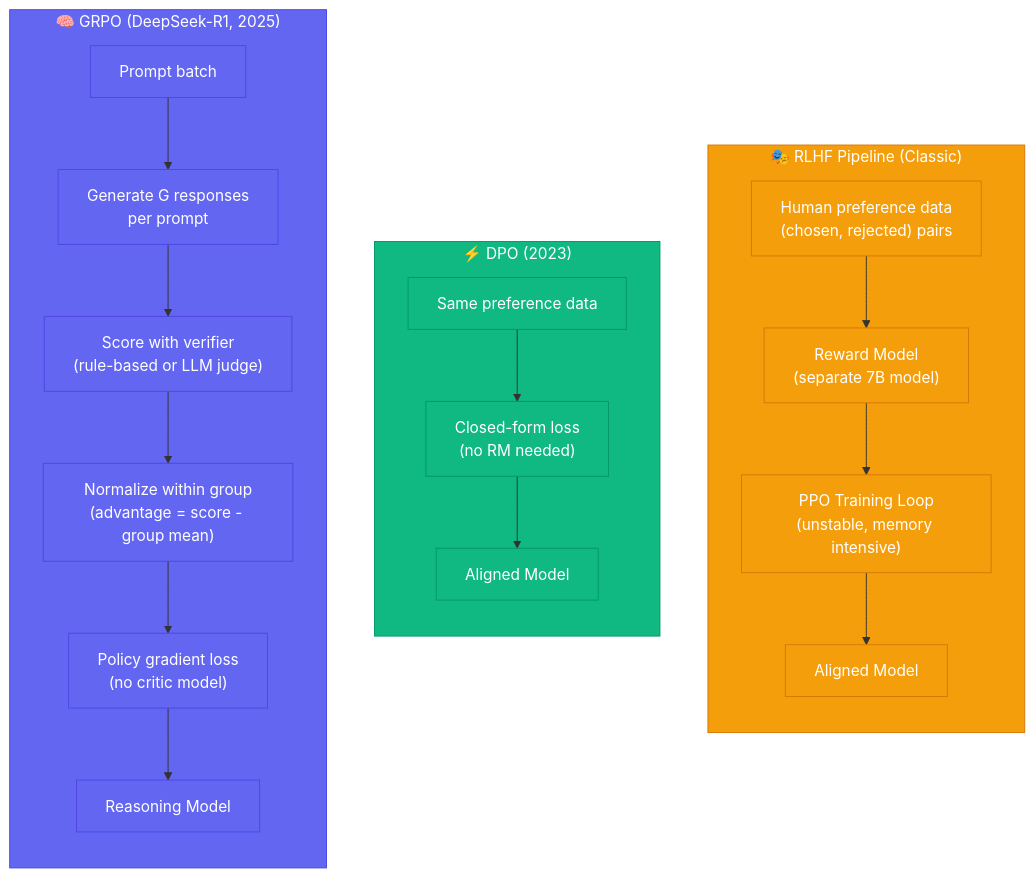
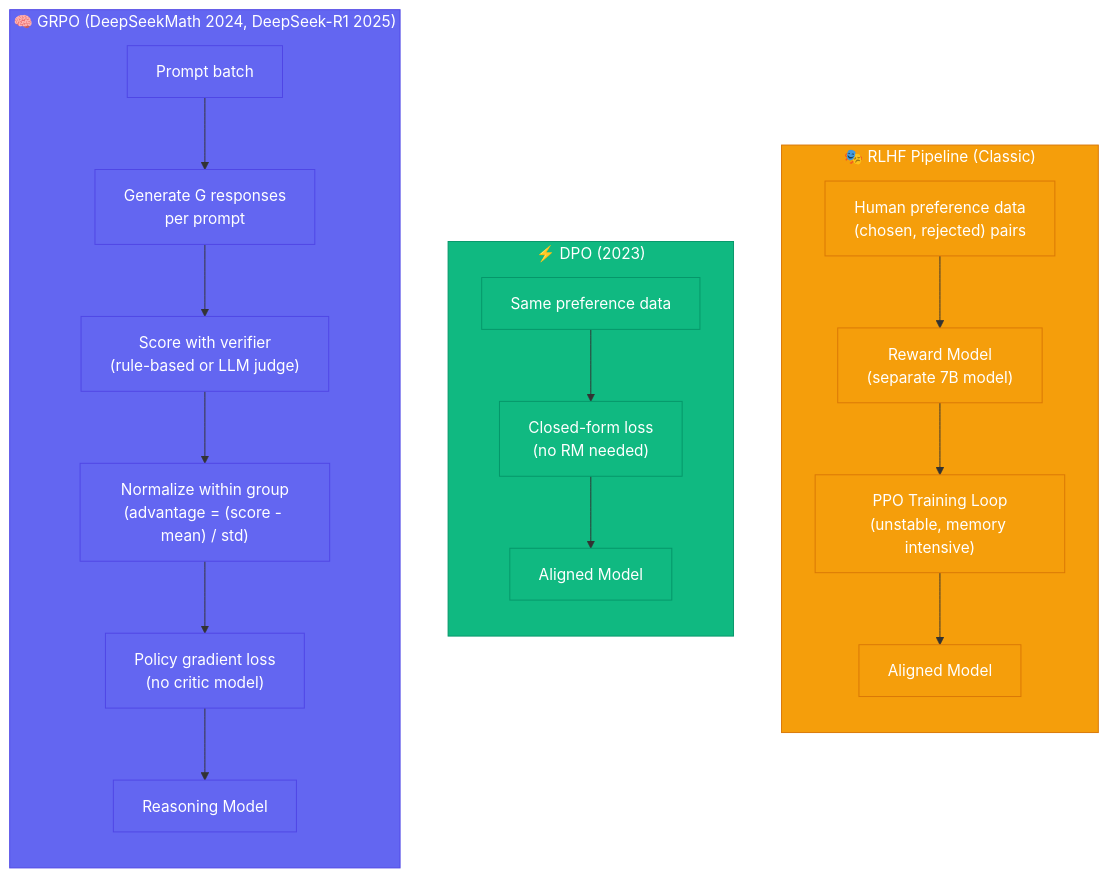
The fifth of 6 diagrams in src/data/blog/mlops/modern-post-training-peft-2026.md (gopikrishtummala/gopikrishtummala.github.io), drawn with Mermaid before and after one commit. The commit also changed other lines of this file and 7 other files, not shown here.

````diff
--- a/src/data/blog/mlops/modern-post-training-peft-2026.md
+++ b/src/data/blog/mlops/modern-post-training-peft-2026.md
@@ -274,40 +308,40 @@
 ```mermaid
 graph TD
     subgraph RLHF["🎭 RLHF Pipeline (Classic)"]
         direction TB
         RM_Data["Human preference data\n(chosen, rejected) pairs"]
         RM["Reward Model\n(separate 7B model)"]
         PPO["PPO Training Loop\n(unstable, memory intensive)"]
         RLHF_Out["Aligned Model"]
         
         RM_Data --> RM --> PPO --> RLHF_Out
     end
 
     subgraph DPO["⚡ DPO (2023)"]
         direction TB
         DPO_Data["Same preference data"]
         DPO_Loss["Closed-form loss\n(no RM needed)"]
         DPO_Out["Aligned Model"]
         
         DPO_Data --> DPO_Loss --> DPO_Out
     end
 
-    subgraph GRPO["🧠 GRPO (DeepSeek-R1, 2025)"]
+    subgraph GRPO["🧠 GRPO (DeepSeekMath 2024, DeepSeek-R1 2025)"]
         direction TB
         GRPO_Q["Prompt batch"]
         GRPO_Rollout["Generate G responses\nper prompt"]
         GRPO_Score["Score with verifier\n(rule-based or LLM judge)"]
-        GRPO_Normalize["Normalize within group\n(advantage = score - group mean)"]
+        GRPO_Normalize["Normalize within group\n(advantage = (score - mean) / std)"]
         GRPO_Loss["Policy gradient loss\n(no critic model)"]
         GRPO_Out["Reasoning Model"]
         
         GRPO_Q --> GRPO_Rollout --> GRPO_Score --> GRPO_Normalize --> GRPO_Loss --> GRPO_Out
     end
 
     classDef classic fill:#f59e0b,color:#fff,stroke:#d97706
     classDef modern fill:#10b981,color:#fff,stroke:#059669
     classDef cutting fill:#6366f1,color:#fff,stroke:#4f46e5
     class RLHF,RM_Data,RM,PPO,RLHF_Out classic
     class DPO,DPO_Data,DPO_Loss,DPO_Out modern
     class GRPO,GRPO_Q,GRPO_Rollout,GRPO_Score,GRPO_Normalize,GRPO_Loss,GRPO_Out cutting
 ```
````
